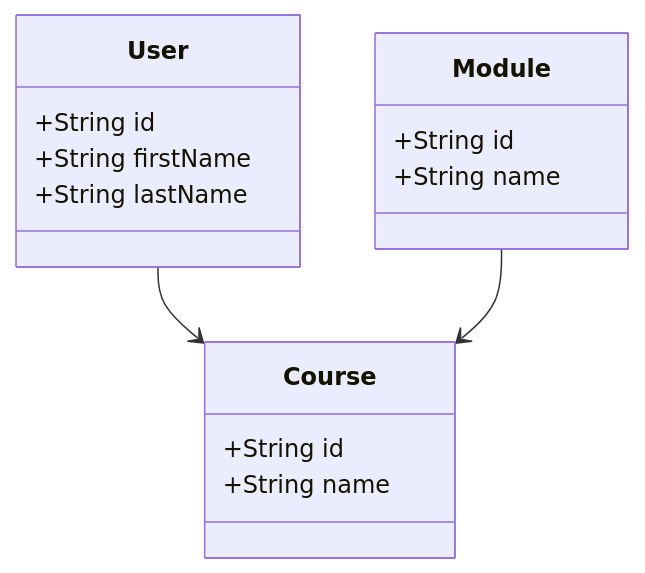
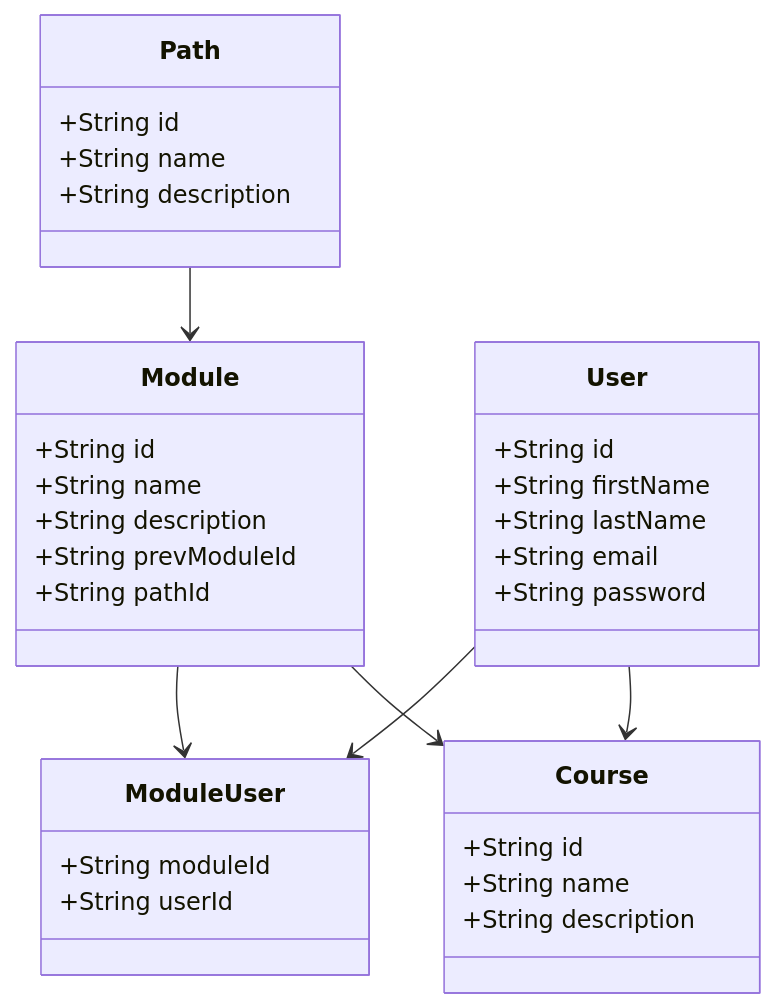
The diagram in packages/diagrams/src/diagram.mmd (code-mentoring/old-project-cm), drawn with Mermaid before and after one commit. The commit also changed other lines of this file and 1 other file, not shown here.

```diff
--- a/packages/diagrams/src/diagram.mmd
+++ b/packages/diagrams/src/diagram.mmd
@@ -1,13 +1,29 @@
  classDiagram
-      User --> Course
-      Module --> Course
+     Path --> Module
+     Module --> ModuleUser
+     User --> ModuleUser
+     User --> Course
+     Module --> Course
 
-      User : +String id
-      User : +String firstName
-      User : +String lastName
+     Path : +String id
+     Path : +String name
+     Path : +String description
 
-      Course : +String id
-      Course : +String name
+     User : +String id
+     User : +String firstName
+     User : +String lastName
+     User : +String email
+     User : +String password
 
-      Module : +String id
-      Module : +String name
+     Course : +String id
+     Course : +String name
+     Course : +String description
+
+     Module : +String id
+     Module : +String name
+     Module : +String description
+     Module : +String prevModuleId
+     Module : +String pathId
+
+     ModuleUser : +String moduleId
+     ModuleUser : +String userId
```
